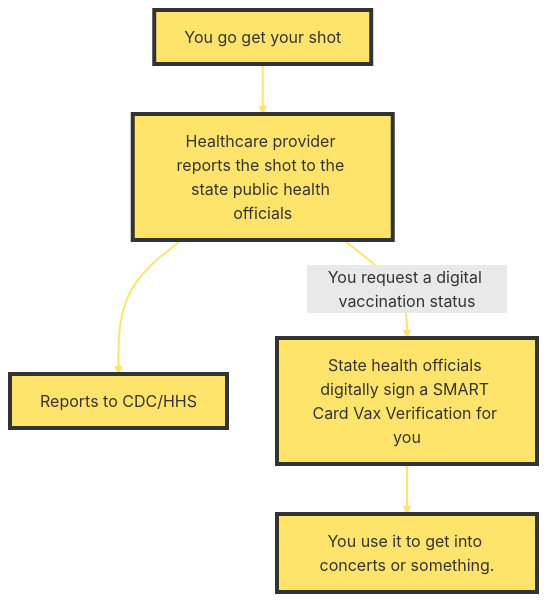
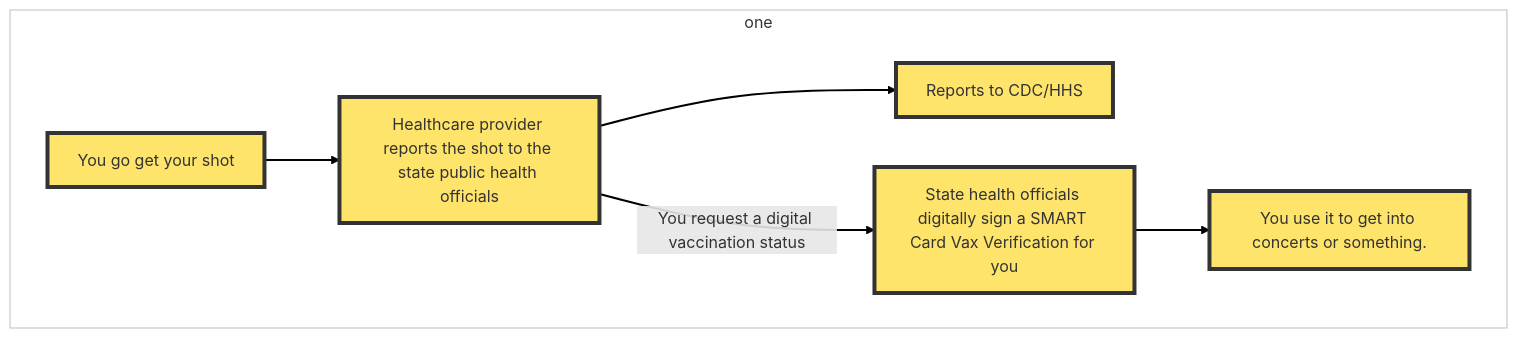
The first of 2 diagrams in _posts/2021-08-20-covid-cards.md (BrendanHiggins/BrendanHiggins.github.io), drawn with Mermaid before and after one commit.

Commit message:
okay I lied, mermaid more.

```diff
--- a/_posts/2021-08-20-covid-cards.md
+++ b/_posts/2021-08-20-covid-cards.md
@@ -201,14 +201,17 @@
 <div class="mermaid"> 
 graph TD; 
+subgraph one
 A[You go get your shot]-->B; 
 B[Healthcare provider reports the shot to the state public health officials]-->C;
 B-- You request a digital vaccination status -->D[State health officials digitally sign a SMART Card Vax Verification for you]
 C[Reports to CDC/HHS]
 D-->E[You use it to get into concerts or something.]
+end
 style A fill:#FFE46B,stroke:#333,stroke-width:4px
 style B fill:#FFE46B,stroke:#333,stroke-width:4px
 style C fill:#FFE46B,stroke:#333,stroke-width:4px
 style D fill:#FFE46B,stroke:#333,stroke-width:4px
 style E fill:#FFE46B,stroke:#333,stroke-width:4px
-linkStyle 0,1,2,3 stroke-width:2px,stroke:#FFE46B
+linkStyle 0,1,2,3 stroke-width:2px,stroke:#000
+style one fill:#fff,opacity:0.25,stroke:#000,stroke-width:1px
 </div>
```
